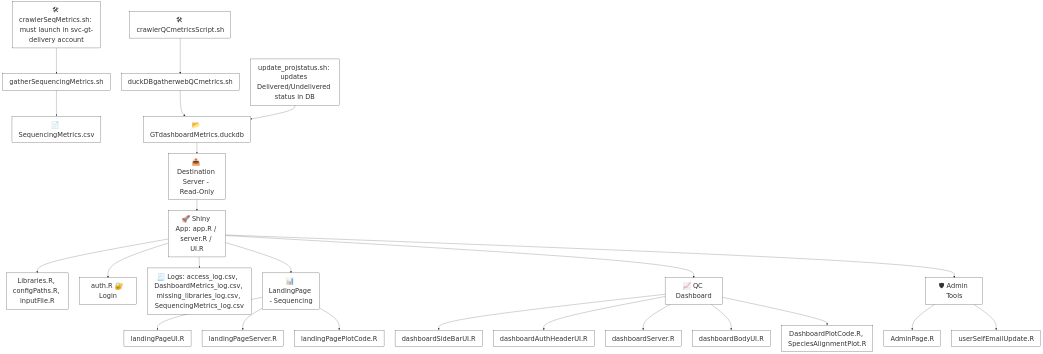
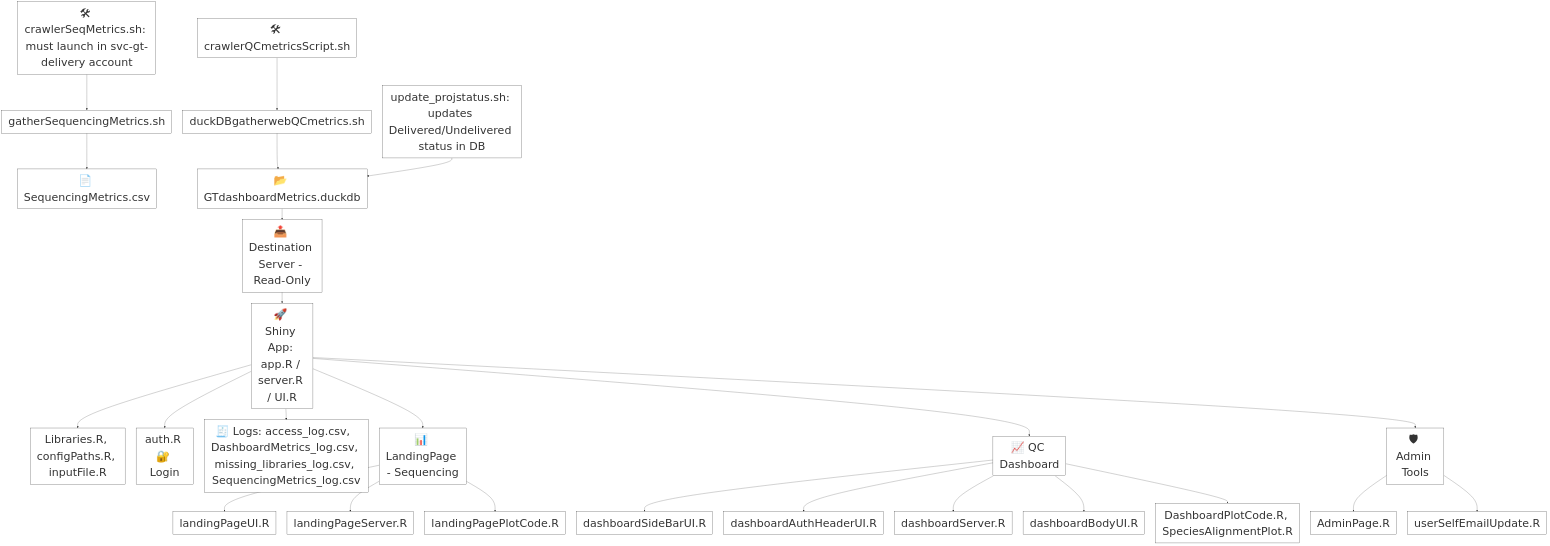
The diagram in QCdashboard/ReadMeDashboard.md (akinyanju/QCseqVisual_byRshiny), drawn with Mermaid before and after one commit.

````diff
--- a/QCdashboard/ReadMeDashboard.md
+++ b/QCdashboard/ReadMeDashboard.md
@@ -39,46 +39,46 @@
 ```mermaid
 flowchart TD
   %% Define font style class
-  classDef bigText fill:white,stroke:black,font-size:30px;
+  classDef bigText fill:white,stroke:black,font-size:50px;
 
   %% Crawlers
   A1[🛠 crawlerSeqMetrics.sh: must launch in svc-gt-delivery account] --> A2[gatherSequencingMetrics.sh]
   A3[🛠 crawlerQCmetricsScript.sh] --> A4[duckDBgatherwebQCmetrics.sh]
 
   %% Output from gather scripts
   A2 --> B1[📄 SequencingMetrics.csv]
   A4 --> B2[📂 GTdashboardMetrics.duckdb]
   update_projstatus.sh[update_projstatus.sh: updates Delivered/Undelivered status in DB] --> B2
 
   %% Push to destination
   B2 --> C1[📤 Destination Server - Read-Only]
 
   %% App Launch
   C1 --> D1[🚀 Shiny App: app.R / server.R / UI.R]
   D1 --> D2[Libraries.R, configPaths.R, inputFile.R]
   D1 --> D3[auth.R 🔐 Login]
   D1 --> D4[🧾 Logs: access_log.csv,  DashboardMetrics_log.csv,  missing_libraries_log.csv,  SequencingMetrics_log.csv]
 
   %% Landing Page
   D1 --> E1[📊 LandingPage - Sequencing]
   E1 --> E2[landingPageUI.R]
   E1 --> E3[landingPageServer.R]
   E1 --> E4[landingPagePlotCode.R]
 
   %% QC Dashboard Page
   D1 --> F1[📈 QC Dashboard]
   F1 --> F2[dashboardSideBarUI.R]
   F1 --> F3[dashboardAuthHeaderUI.R]
   F1 --> F4[dashboardServer.R]
   F1 --> F5[dashboardBodyUI.R]
   F1 --> F6[DashboardPlotCode.R, SpeciesAlignmentPlot.R]
 
   %% Admin Modules
   D1 --> G1[🛡 Admin Tools]
   G1 --> G2[AdminPage.R]
   G1 --> G3[userSelfEmailUpdate.R]
 
   %% Apply bigText class to all nodes
   class A1,A2,A3,A4,B1,B2,C1,D1,D2,D3,D4,E1,E2,E3,E4,F1,F2,F3,F4,F5,F6,G1,G2,G3,update_projstatus.sh bigText;
 
 ```
````
